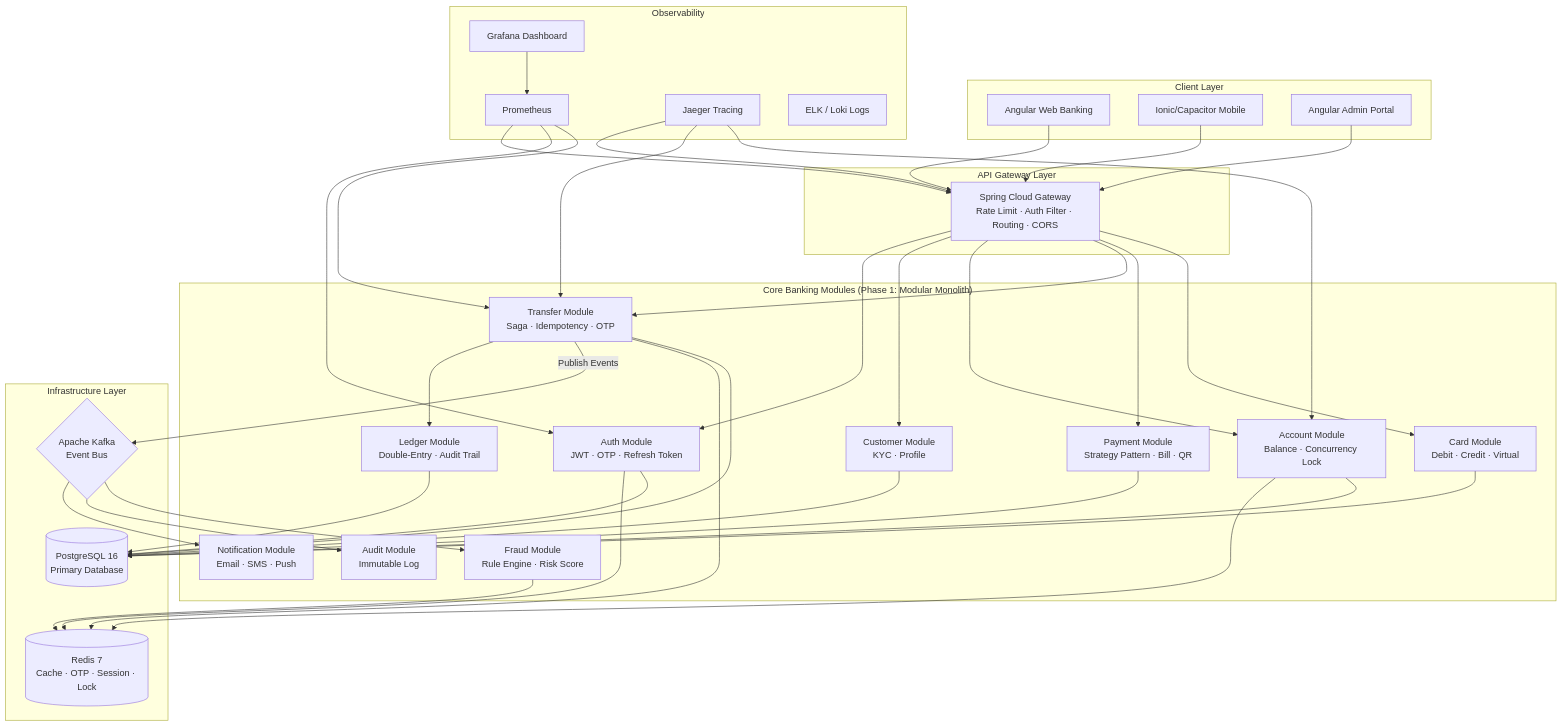
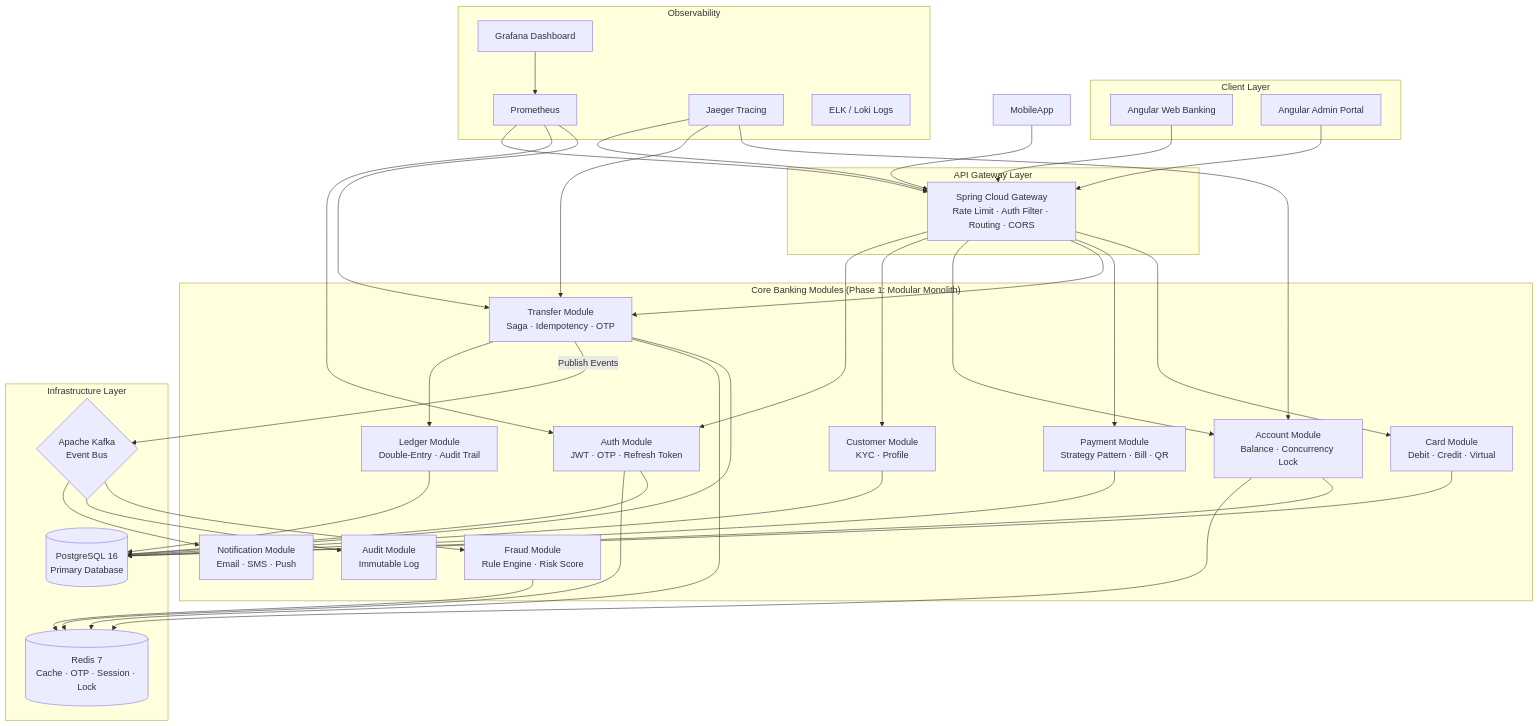
Before and after one commit to nguyenchitien98/banking_demo: the first of 2 diagrams in docs/01_Architecture_Bible.md, drawn with Mermaid. The commit also changed 2 other files, not shown here.

Commit message:
update plan

````diff
--- a/docs/01_Architecture_Bible.md
+++ b/docs/01_Architecture_Bible.md
@@ -59,49 +59,48 @@
 ```mermaid
 graph TD
     subgraph "Client Layer"
         WebApp[Angular Web Banking]
-        MobileApp[Ionic/Capacitor Mobile]
         AdminPortal[Angular Admin Portal]
     end
 
     subgraph "API Gateway Layer"
         Gateway[Spring Cloud Gateway\nRate Limit · Auth Filter · Routing · CORS]
     end
 
     subgraph "Core Banking Modules (Phase 1: Modular Monolith)"
         AuthSvc[Auth Module\nJWT · OTP · Refresh Token]
         CustomerSvc[Customer Module\nKYC · Profile]
         AccountSvc[Account Module\nBalance · Concurrency Lock]
         TransferSvc[Transfer Module\nSaga · Idempotency · OTP]
         LedgerSvc[Ledger Module\nDouble-Entry · Audit Trail]
         PaymentSvc[Payment Module\nStrategy Pattern · Bill · QR]
         CardSvc[Card Module\nDebit · Credit · Virtual]
         NotifSvc[Notification Module\nEmail · SMS · Push]
         FraudSvc[Fraud Module\nRule Engine · Risk Score]
         AuditSvc[Audit Module\nImmutable Log]
     end
 
     subgraph "Infrastructure Layer"
         PostgreSQL[(PostgreSQL 16\nPrimary Database)]
         Redis[(Redis 7\nCache · OTP · Session · Lock)]
         Kafka{Apache Kafka\nEvent Bus}
     end
 
     subgraph "Observability"
         Prometheus[Prometheus]
         Grafana[Grafana Dashboard]
         Jaeger[Jaeger Tracing]
         ELK[ELK / Loki Logs]
     end
 
     WebApp & MobileApp & AdminPortal --> Gateway
     Gateway --> AuthSvc & CustomerSvc & AccountSvc & TransferSvc & PaymentSvc & CardSvc
     TransferSvc --> LedgerSvc
     TransferSvc -->|Publish Events| Kafka
     Kafka --> NotifSvc & AuditSvc & FraudSvc
     AuthSvc & AccountSvc & TransferSvc & FraudSvc --> Redis
     AuthSvc & CustomerSvc & AccountSvc & TransferSvc & LedgerSvc & PaymentSvc & CardSvc --> PostgreSQL
     Prometheus --> Gateway & AuthSvc & TransferSvc
     Grafana --> Prometheus
     Jaeger --> Gateway & TransferSvc & AccountSvc
 ```
````
